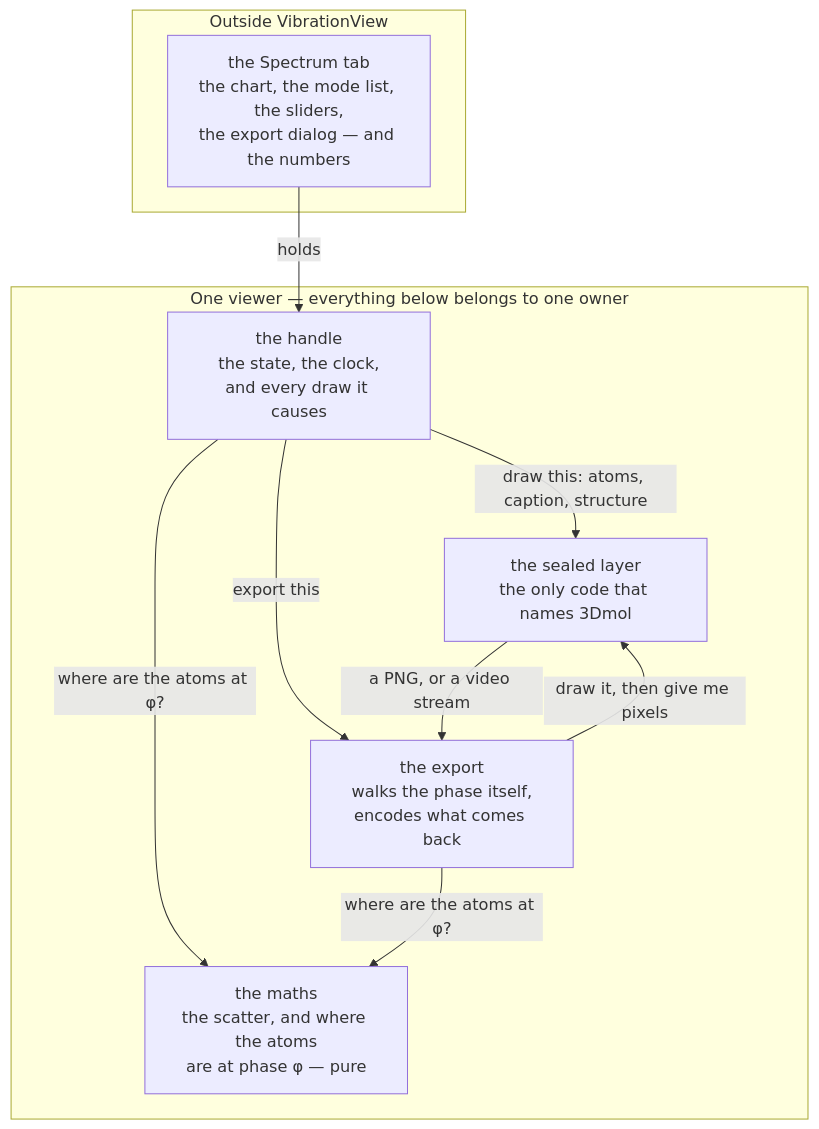
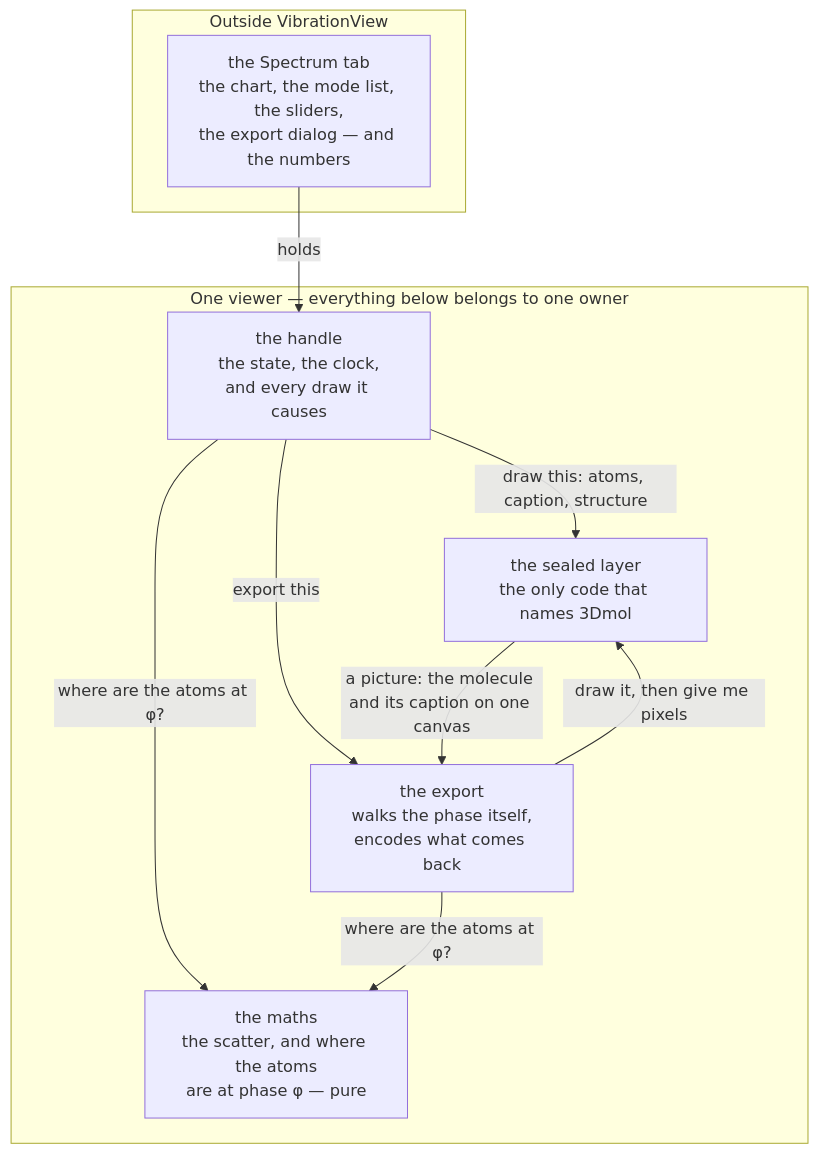
Before and after one commit to Qing-LAB/molbuilder: the first of 2 diagrams in docs/web/vibrationview.md, drawn with Mermaid. The commit also changed other lines of this file and 71 other files, not shown here.

````diff
--- a/docs/web/vibrationview.md
+++ b/docs/web/vibrationview.md
@@ -79,19 +78,19 @@
 ```mermaid
 flowchart TB
     subgraph outside["Outside VibrationView"]
       TAB["the Spectrum tab<br/>the chart, the mode list, the sliders,<br/>the export dialog — and the numbers"]
     end
     subgraph vv["One viewer — everything below belongs to one owner"]
       H["the handle<br/>the state, the clock,<br/>and every draw it causes"]
       A["the maths<br/>the scatter, and where the atoms<br/>are at phase φ — pure"]
       X["the export<br/>walks the phase itself,<br/>encodes what comes back"]
       SEAL["the sealed layer<br/>the only code that names 3Dmol"]
     end
     TAB -->|"holds"| H
     H -->|"where are the atoms at φ?"| A
     H -->|"draw this: atoms, caption, structure"| SEAL
     H -->|"export this"| X
     X -->|"where are the atoms at φ?"| A
     X -->|"draw it, then give me pixels"| SEAL
-    SEAL -->|"a PNG, or a video stream"| X
+    SEAL -->|"a picture: the molecule and its caption on one canvas"| X
 ```
````
